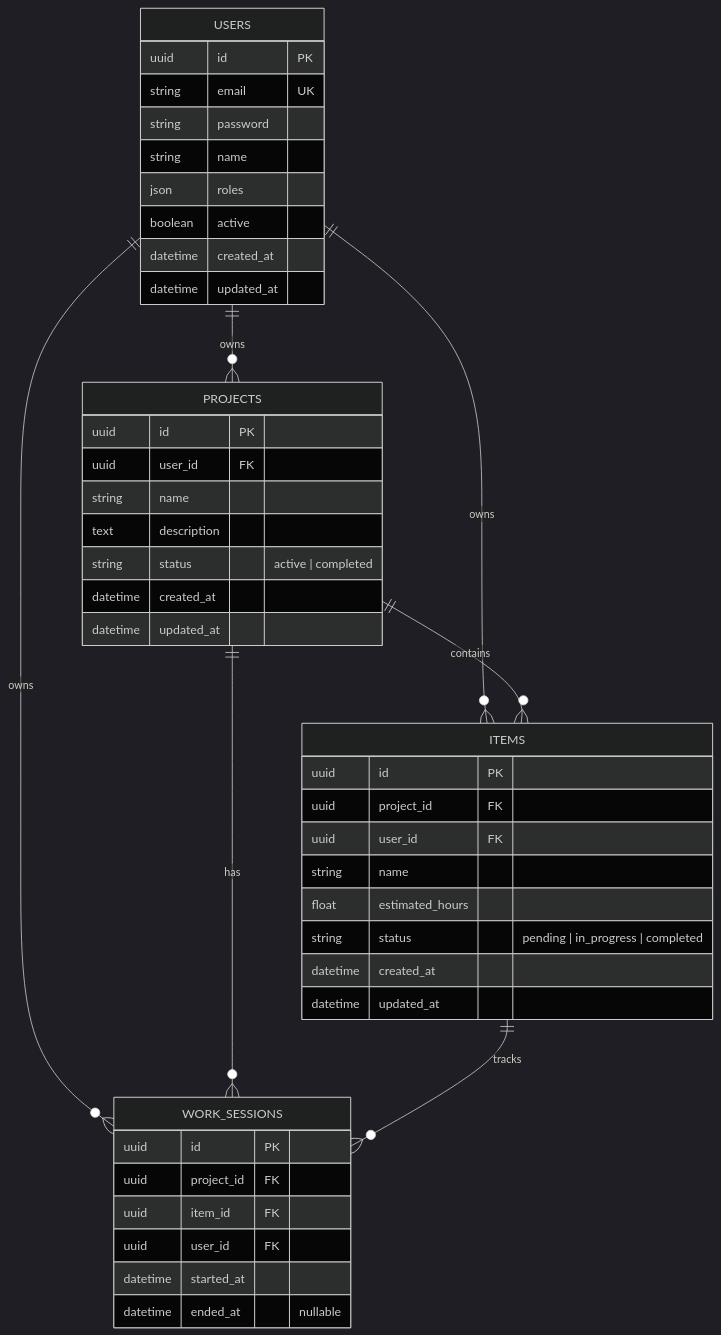
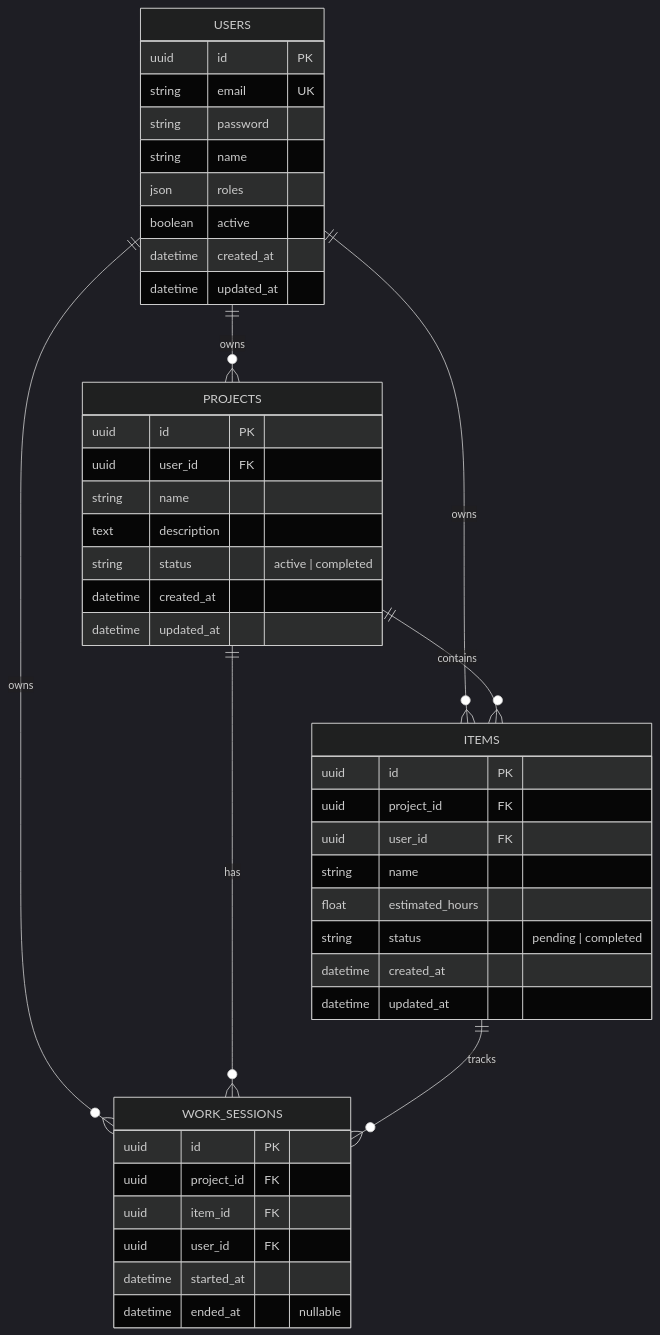
Before and after one commit to adriangromero/hobbyplanner: the diagram in README.md, drawn with Mermaid (dark theme). The commit also changed other lines of this file and 29 other files, not shown here.

````diff
--- a/README.md
+++ b/README.md
@@ -74,50 +74,50 @@
 ```mermaid
 erDiagram
     USERS {
         uuid id PK
         string email UK
         string password
         string name
         json roles
         boolean active
         datetime created_at
         datetime updated_at
     }
 
     PROJECTS {
         uuid id PK
         uuid user_id FK
         string name
         text description
         string status "active | completed"
         datetime created_at
         datetime updated_at
     }
 
     ITEMS {
         uuid id PK
         uuid project_id FK
         uuid user_id FK
         string name
         float estimated_hours
-        string status "pending | in_progress | completed"
+        string status "pending | completed"
         datetime created_at
         datetime updated_at
     }
 
     WORK_SESSIONS {
         uuid id PK
         uuid project_id FK
         uuid item_id FK
         uuid user_id FK
         datetime started_at
         datetime ended_at "nullable"
     }
 
     USERS ||--o{ PROJECTS : "owns"
     USERS ||--o{ ITEMS : "owns"
     USERS ||--o{ WORK_SESSIONS : "owns"
     PROJECTS ||--o{ ITEMS : "contains"
     PROJECTS ||--o{ WORK_SESSIONS : "has"
     ITEMS ||--o{ WORK_SESSIONS : "tracks"
 ```
````
